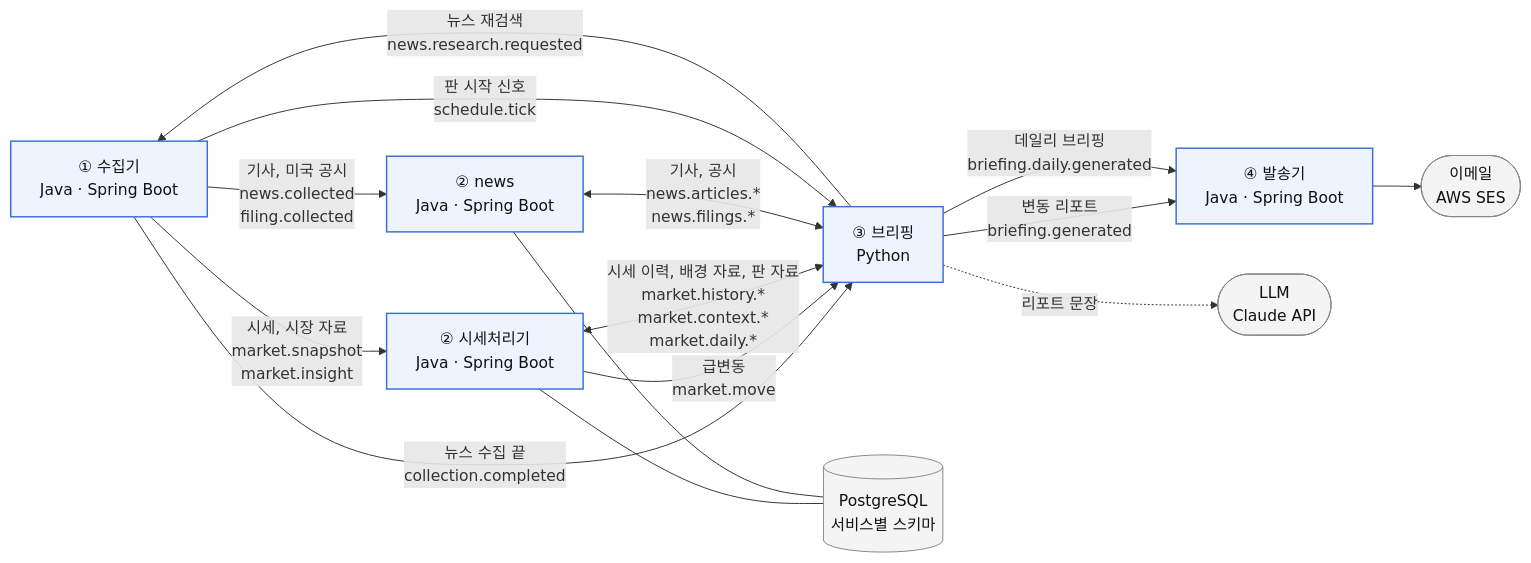
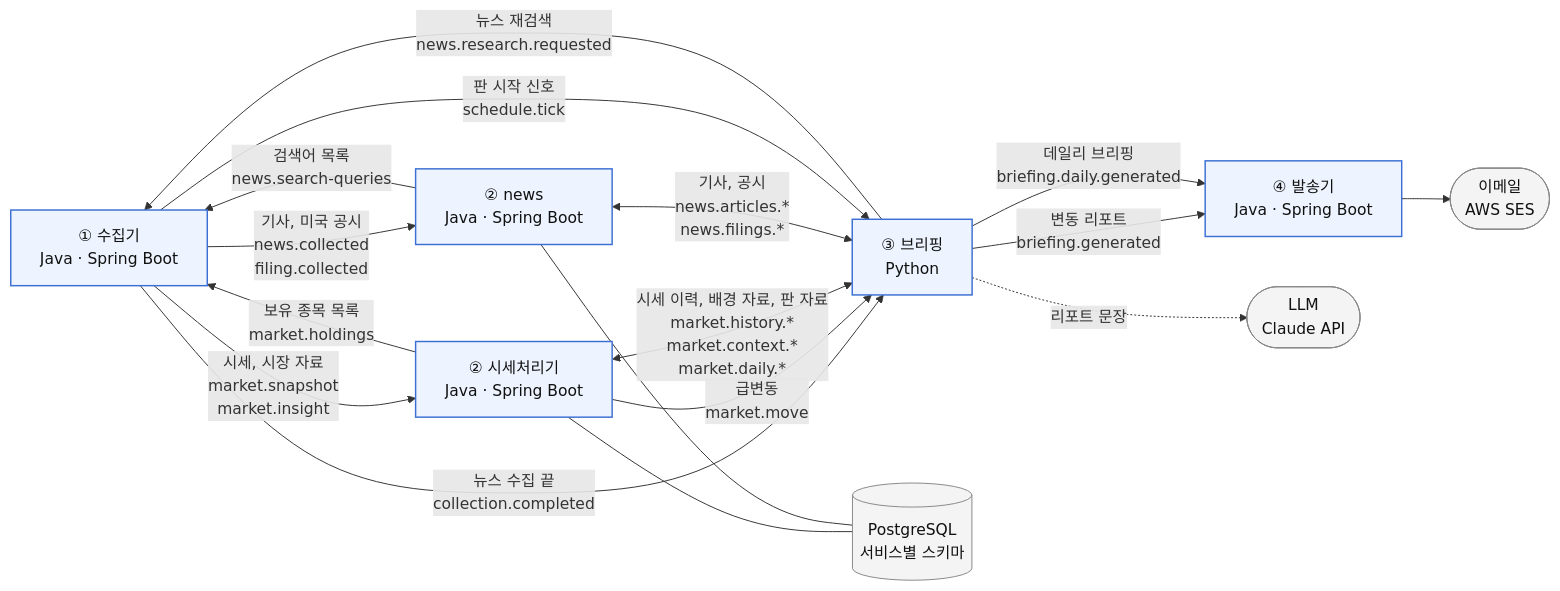
The diagram in README.md (yc0191/stock-reading), drawn with Mermaid before and after one commit. The commit also changed other lines of this file and 87 other files, not shown here.

First line of the commit message:
[feat] : Read holdings and news search queries from tables

````diff
--- a/README.md
+++ b/README.md
@@ -15,29 +15,31 @@
 ```mermaid
 flowchart LR
     classDef svc fill:#eef4ff,stroke:#3b6fd4,stroke-width:1.5px,color:#111
     classDef ext fill:#f4f4f4,stroke:#888,color:#111
 
     C["① 수집기<br/>Java · Spring Boot"]:::svc
     M["② 시세처리기<br/>Java · Spring Boot"]:::svc
     NW["② news<br/>Java · Spring Boot"]:::svc
     B["③ 브리핑<br/>Python"]:::svc
     N["④ 발송기<br/>Java · Spring Boot"]:::svc
     DB[("PostgreSQL<br/>서비스별 스키마")]:::ext
     LLM(["LLM<br/>Claude API"]):::ext
     MAIL(["이메일<br/>AWS SES"]):::ext
 
     C -->|"시세, 시장 자료<br/>market.snapshot<br/>market.insight"| M
     C -->|"기사, 미국 공시<br/>news.collected<br/>filing.collected"| NW
     C -->|"뉴스 수집 끝<br/>collection.completed"| B
     M -->|"급변동<br/>market.move"| B
     M <-->|"시세 이력, 배경 자료, 판 자료<br/>market.history.*<br/>market.context.*<br/>market.daily.*"| B
     NW <-->|"기사, 공시<br/>news.articles.*<br/>news.filings.*"| B
+    M -->|"보유 종목 목록<br/>market.holdings"| C
+    NW -->|"검색어 목록<br/>news.search-queries"| C
     M --- DB
     NW --- DB
     B -->|"뉴스 재검색<br/>news.research.requested"| C
     B -.->|"리포트 문장"| LLM
     B -->|"변동 리포트<br/>briefing.generated"| N
     C -->|"판 시작 신호<br/>schedule.tick"| B
     B -->|"데일리 브리핑<br/>briefing.daily.generated"| N
     N --> MAIL
 ```
````
